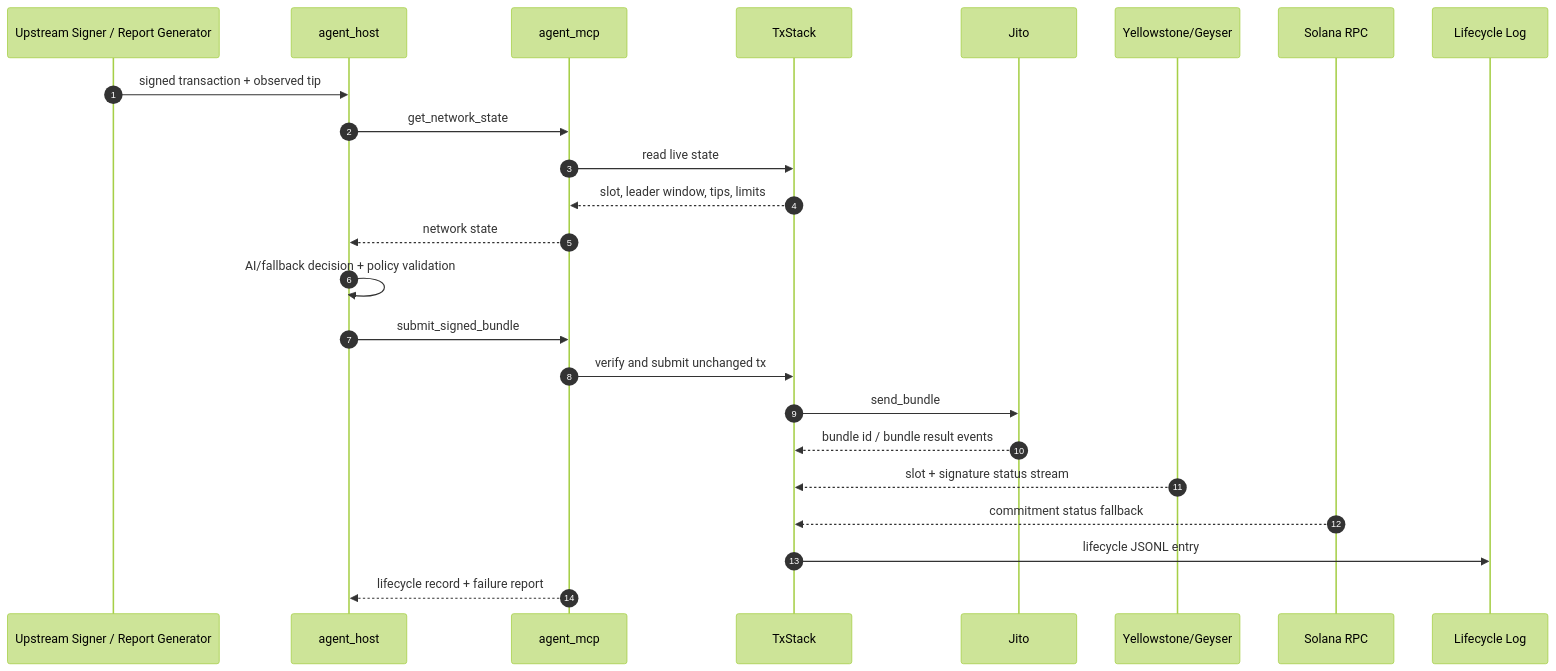
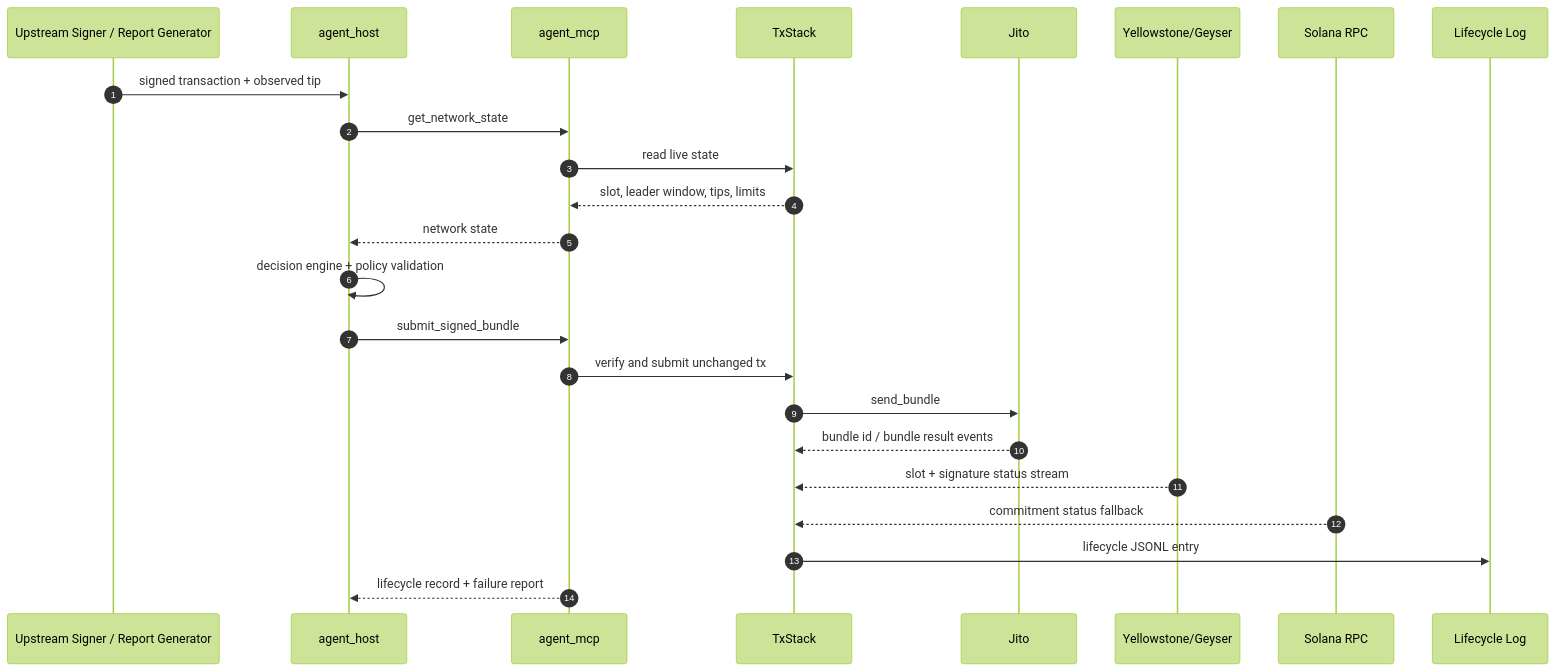
The second of 3 diagrams in README.md (metaclips/solana_tx_agent), drawn with Mermaid (forest theme) before and after one commit. The commit also changed other lines of this file and 3 other files, not shown here.

````diff
--- a/README.md
+++ b/README.md
@@ -105,27 +105,27 @@
 ```mermaid
 sequenceDiagram
     autonumber
     participant S as Upstream Signer / Report Generator
     participant H as agent_host
     participant M as agent_mcp
     participant T as TxStack
     participant J as Jito
     participant G as Yellowstone/Geyser
     participant R as Solana RPC
     participant L as Lifecycle Log
 
     S->>H: signed transaction + observed tip
     H->>M: get_network_state
     M->>T: read live state
     T-->>M: slot, leader window, tips, limits
     M-->>H: network state
-    H->>H: AI/fallback decision + policy validation
+    H->>H: decision engine + policy validation
     H->>M: submit_signed_bundle
     M->>T: verify and submit unchanged tx
     T->>J: send_bundle
     J-->>T: bundle id / bundle result events
     G-->>T: slot + signature status stream
     R-->>T: commitment status fallback
     T->>L: lifecycle JSONL entry
     M-->>H: lifecycle record + failure report
 ```
````
